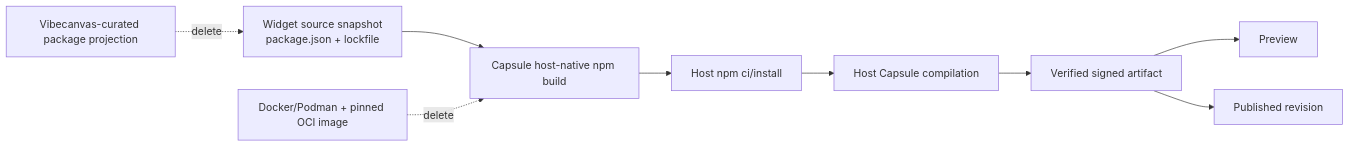
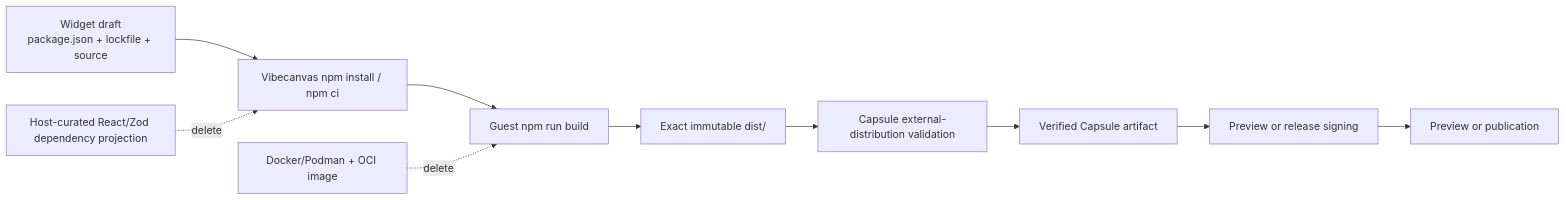
Before and after one commit to omnidraw/omnidraw: the diagram in tasks/s/S114.md, drawn with Mermaid. The commit also changed other lines of this file and 74 other files, not shown here.

Commit message:
feat(widgets): build Capsule artifacts from npm dist

````diff
--- a/tasks/s/S114.md
+++ b/tasks/s/S114.md
@@ -75,12 +81,13 @@
 ```mermaid
 flowchart LR
-  Draft["Widget source snapshot\npackage.json + lockfile"] --> Capsule["Capsule host-native npm build"]
-  Capsule --> Npm["Host npm ci/install"]
-  Npm --> Compile["Host Capsule compilation"]
-  Compile --> Artifact["Verified signed artifact"]
-  Artifact --> Preview["Preview"]
-  Artifact --> Publish["Published revision"]
+  Draft["Widget draft\npackage.json + lockfile + source"] --> Install["Vibecanvas npm install / npm ci"]
+  Install --> Build["Guest npm run build"]
+  Build --> Dist["Exact immutable dist/"]
+  Dist --> Capsule["Capsule external-distribution validation"]
+  Capsule --> Artifact["Verified Capsule artifact"]
+  Artifact --> Sign["Preview or release signing"]
+  Sign --> Use["Preview or publication"]
 
-  Oci["Docker/Podman + pinned OCI image"] -. "delete" .-> Capsule
-  Fixed["Vibecanvas-curated package projection"] -. "delete" .-> Draft
+  Oci["Docker/Podman + OCI image"] -. "delete" .-> Build
+  Projection["Host-curated React/Zod dependency projection"] -. "delete" .-> Install
 ```
````
